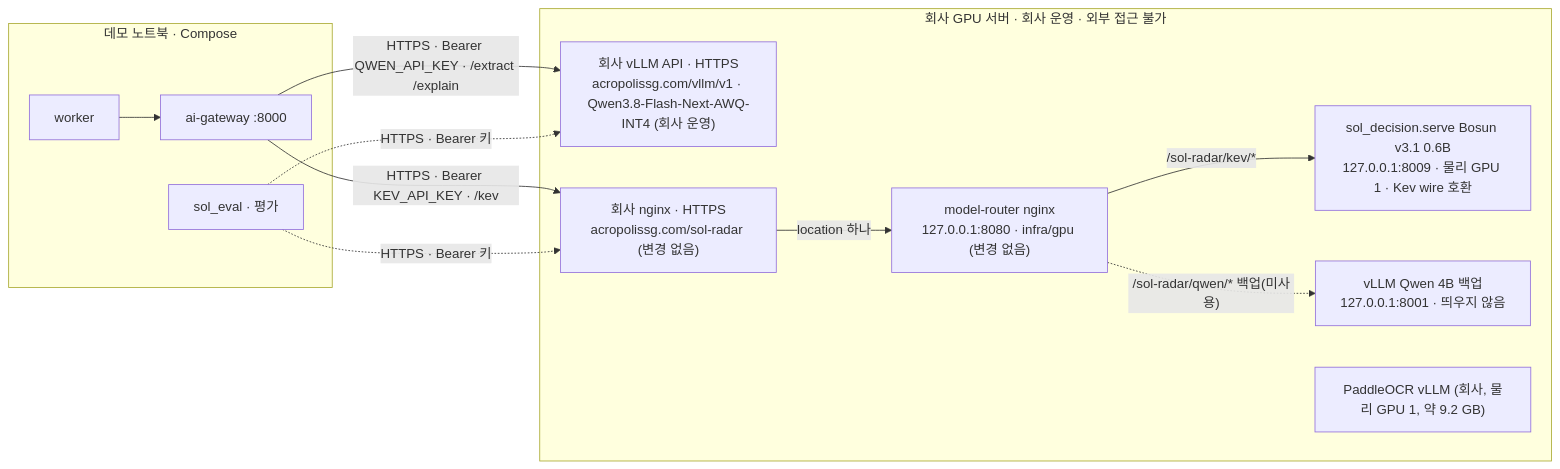
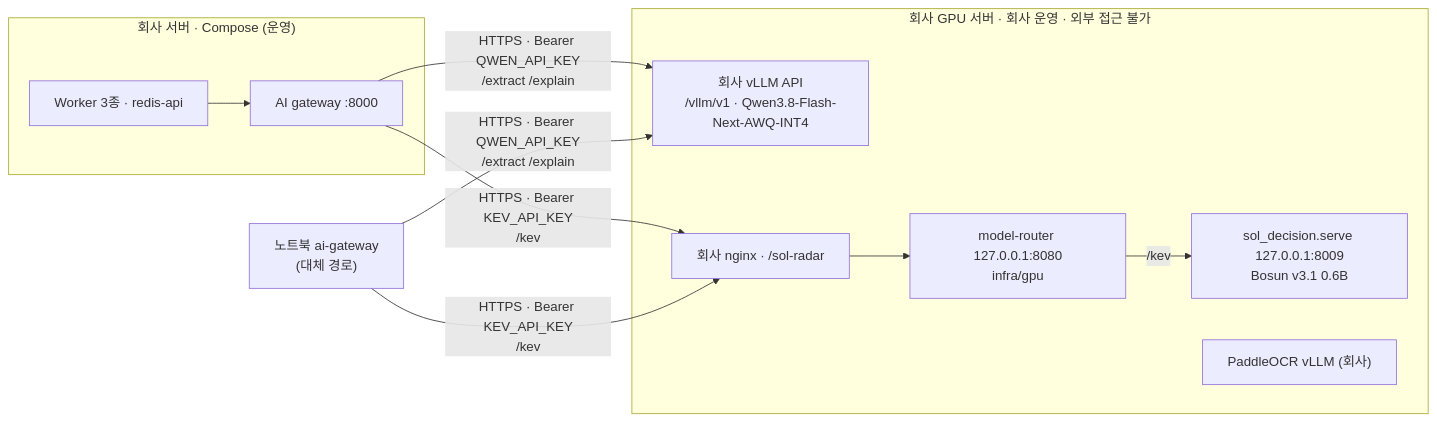
Before and after one commit to solideoai/sol-radar: the diagram in docs/10-DEPLOYMENT.md, drawn with Mermaid. The commit also changed other lines of this file and 2 other files, not shown here.

````diff
--- a/docs/10-DEPLOYMENT.md
+++ b/docs/10-DEPLOYMENT.md
@@ -229,19 +195,15 @@
 ```mermaid
 flowchart LR
- subgraph LAPTOP[데모 노트북 · Compose]
-  W[worker] --> G[ai-gateway :8000]
-  E[sol_eval · 평가]
+ subgraph CO["회사 서버 · Compose (운영)"]
+  W["Worker 3종 · redis-api"] --> G["AI gateway :8000"]
  end
+ LG["노트북 ai-gateway<br/>(대체 경로)"]
  subgraph GPU["회사 GPU 서버 · 회사 운영 · 외부 접근 불가"]
-  V["회사 vLLM API · HTTPS<br/>acropolissg.com/vllm/v1 · Qwen3.8-Flash-Next-AWQ-INT4 (회사 운영)"]
-  EP["회사 nginx · HTTPS<br/>acropolissg.com/sol-radar (변경 없음)"]
-  EP -- "location 하나" --> RT["model-router nginx<br/>127.0.0.1:8080 · infra/gpu (변경 없음)"]
-  RT -- "/sol-radar/kev/*" --> K["sol_decision.serve Bosun v3.1 0.6B<br/>127.0.0.1:8009 · 물리 GPU 1 · Kev wire 호환"]
-  RT -. "/sol-radar/qwen/* 백업(미사용)" .-> Q["vLLM Qwen 4B 백업<br/>127.0.0.1:8001 · 띄우지 않음"]
-  P["PaddleOCR vLLM (회사, 물리 GPU 1, 약 9.2 GB)"]
+  V["회사 vLLM API<br/>/vllm/v1 · Qwen3.8-Flash-Next-AWQ-INT4"]
+  EP["회사 nginx · /sol-radar"] --> RT["model-router 127.0.0.1:8080<br/>infra/gpu"]
+  RT -- "/kev" --> K["sol_decision.serve 127.0.0.1:8009<br/>Bosun v3.1 0.6B"]
+  P["PaddleOCR vLLM (회사)"]
  end
- G -- "HTTPS · Bearer QWEN_API_KEY · /extract /explain" --> V
- G -- "HTTPS · Bearer KEV_API_KEY · /kev" --> EP
- E -. "HTTPS · Bearer 키" .-> V
- E -. "HTTPS · Bearer 키" .-> EP
+ G & LG -- "HTTPS · Bearer QWEN_API_KEY<br/>/extract /explain" --> V
+ G & LG -- "HTTPS · Bearer KEV_API_KEY<br/>/kev" --> EP
 ```
````
